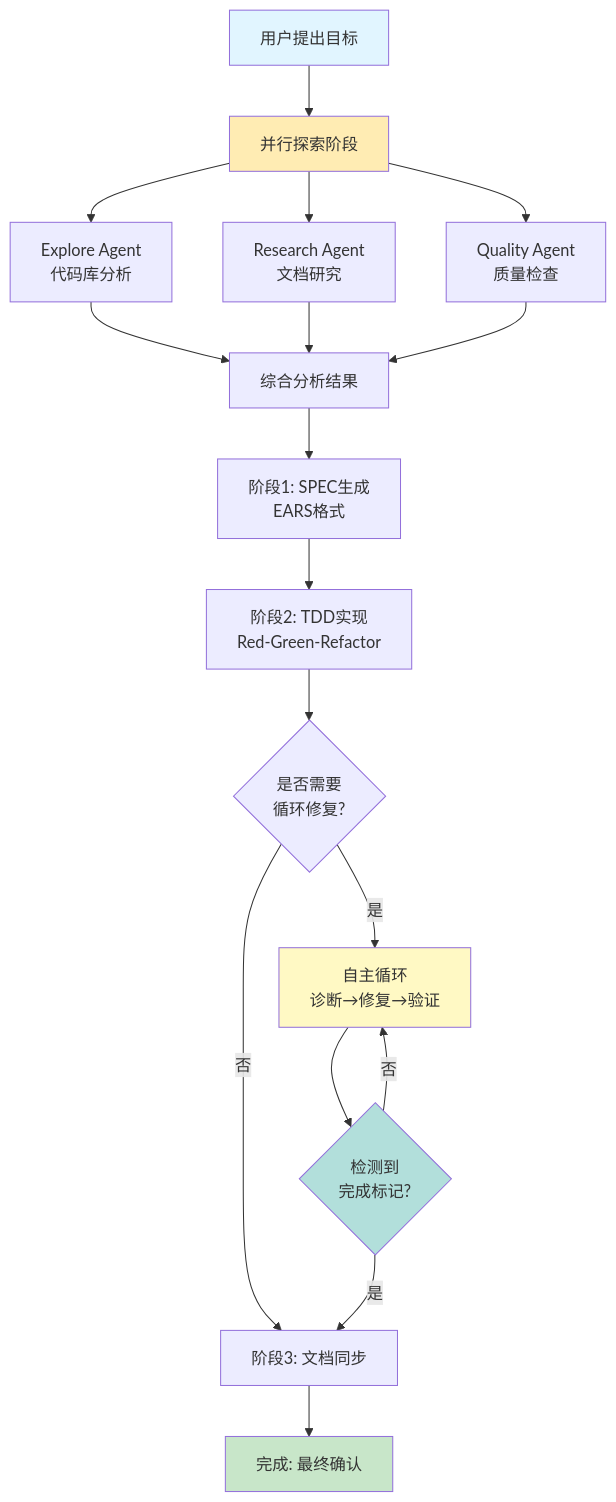
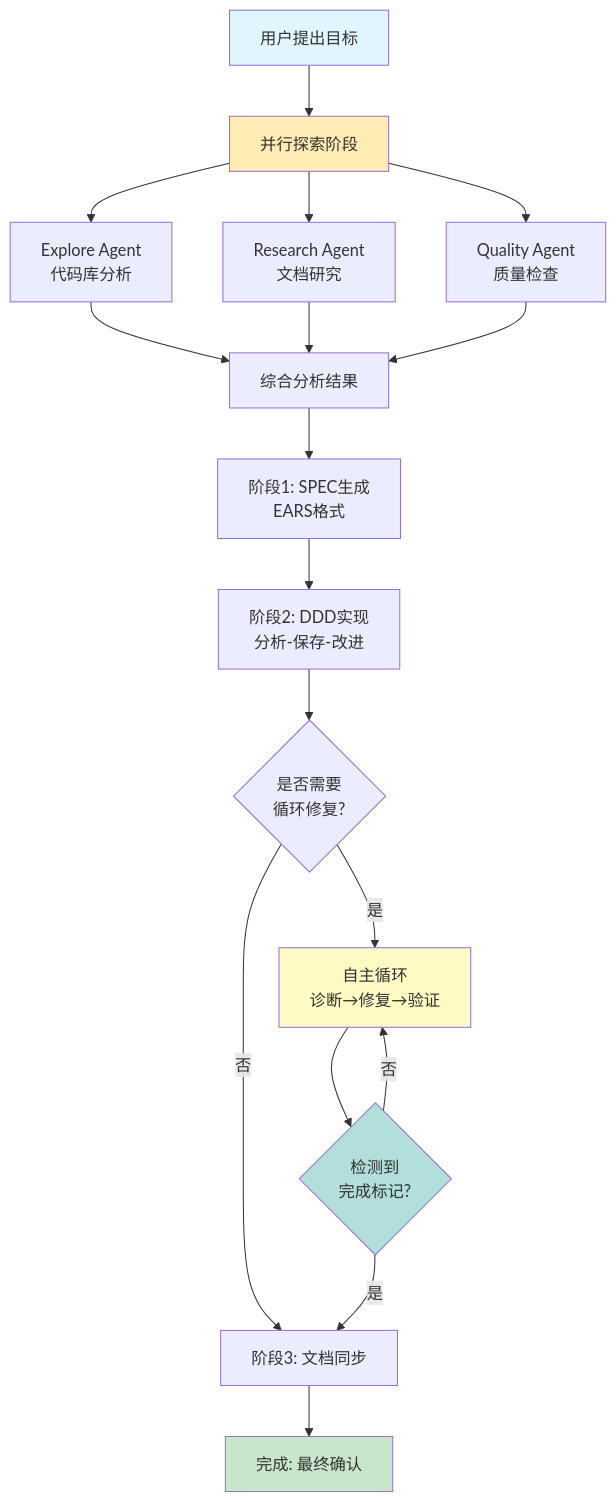
One commit to modu-ai/moai-adk changed the first of 10 diagrams in README.zh.md. Above: the diagram before and after it, drawn with Mermaid. The commit also changed other lines of this file and 125 other files, not shown here.

````diff
--- a/README.zh.md
+++ b/README.zh.md
@@ -542,30 +498,30 @@
 ```mermaid
 flowchart TB
     Start[用户提出目标] --> Parallel[并行探索阶段]
 
     Parallel --> Explore[Explore Agent<br/>代码库分析]
     Parallel --> Research[Research Agent<br/>文档研究]
     Parallel --> Quality[Quality Agent<br/>质量检查]
 
     Explore --> Synthesize[综合分析结果]
     Research --> Synthesize
     Quality --> Synthesize
 
     Synthesize --> Plan[阶段1: SPEC生成<br/>EARS格式]
-    Plan --> Implement[阶段2: TDD实现<br/>Red-Green-Refactor]
+    Plan --> Implement[阶段2: DDD实现<br/>分析-保存-改进]
 
     Implement --> Loop{是否需要<br/>循环修复?}
     Loop -->|是| AutoLoop[自主循环<br/>诊断→修复→验证]
     Loop -->|否| Sync
     AutoLoop --> Done{检测到<br/>完成标记?}
     Done -->|是| Sync[阶段3: 文档同步]
     Done -->|否| AutoLoop
 
     Sync --> Complete[完成: 最终确认]
 
     style Start fill:#e1f5ff
     style Complete fill:#c8e6c9
     style Parallel fill:#ffecb3
     style AutoLoop fill:#fff9c4
     style Done fill:#b2dfdb
 ```
````
